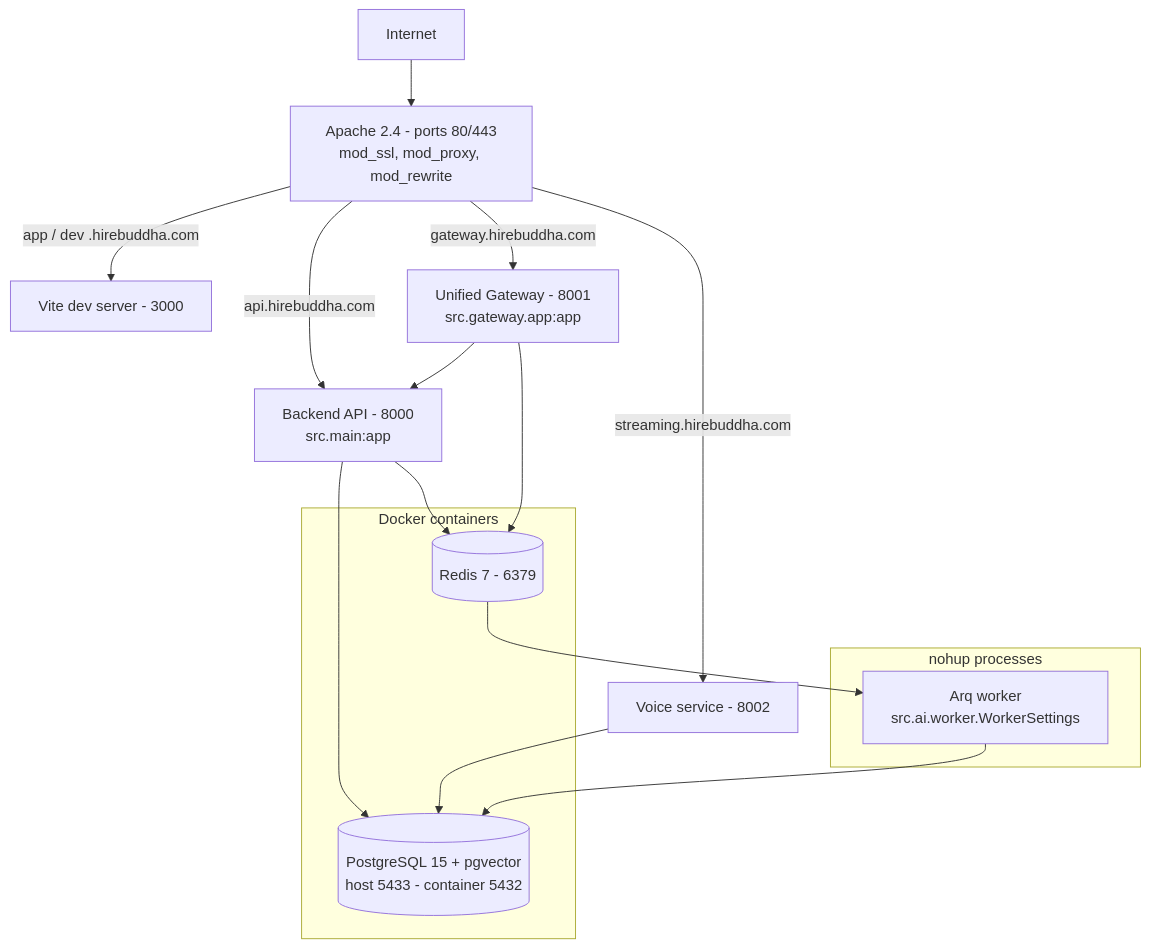
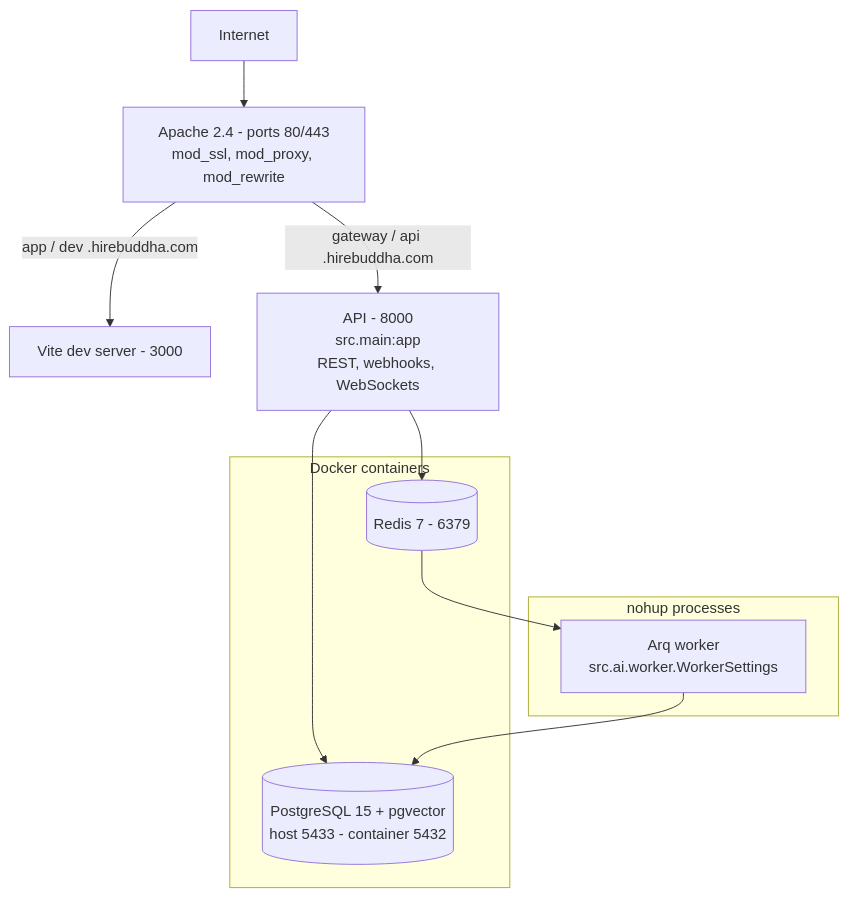
The first of 16 diagrams in docs/current/18-infrastructure-and-deployment.md (gondolerahul/hire-buddha-app), drawn with Mermaid before and after one commit. The commit also changed other lines of this file and 61 other files, not shown here.

````diff
--- a/docs/current/18-infrastructure-and-deployment.md
+++ b/docs/current/18-infrastructure-and-deployment.md
@@ -40,26 +40,21 @@
 ```mermaid
 graph TB
     NET["Internet"] --> AP["Apache 2.4 - ports 80/443<br/>mod_ssl, mod_proxy, mod_rewrite"]
 
     AP -->|app / dev .hirebuddha.com| FE["Vite dev server - 3000"]
-    AP -->|api.hirebuddha.com| BE["Backend API - 8000<br/>src.main:app"]
-    AP -->|gateway.hirebuddha.com| GW["Unified Gateway - 8001<br/>src.gateway.app:app"]
-    AP -->|streaming.hirebuddha.com| VO["Voice service - 8002"]
+    AP -->|gateway / api .hirebuddha.com| BE["API - 8000<br/>src.main:app<br/>REST, webhooks, WebSockets"]
 
     subgraph Docker["Docker containers"]
         PG[("PostgreSQL 15 + pgvector<br/>host 5433 - container 5432")]
         RD[("Redis 7 - 6379")]
     end
 
     subgraph Background["nohup processes"]
         WK["Arq worker<br/>src.ai.worker.WorkerSettings"]
     end
 
     BE --> PG
     BE --> RD
-    GW --> BE
-    GW --> RD
-    VO --> PG
     RD --> WK
     WK --> PG
 ```
````
